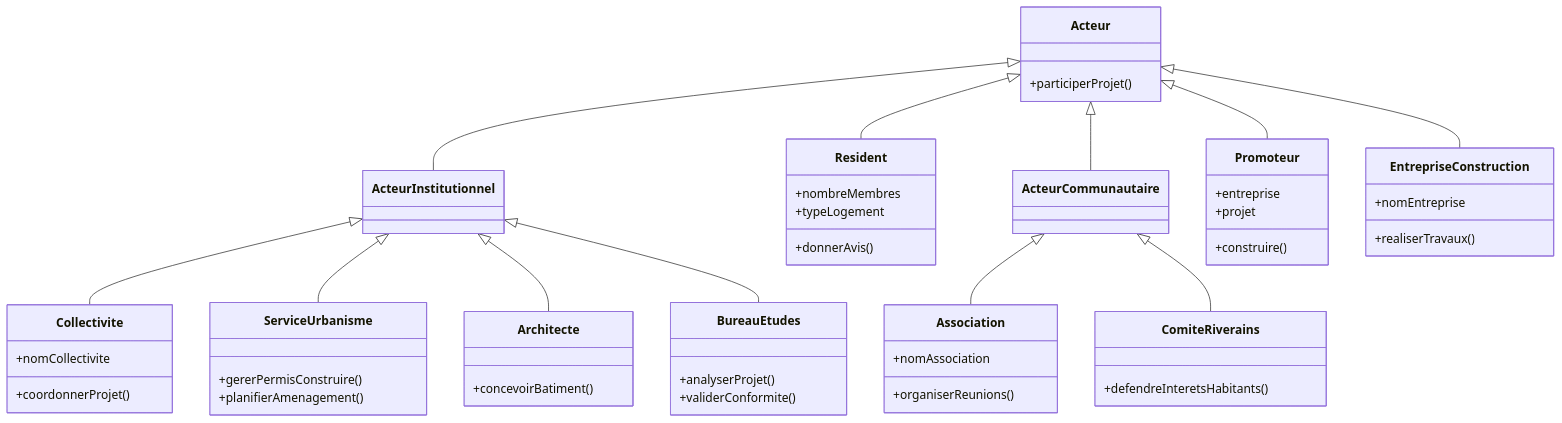
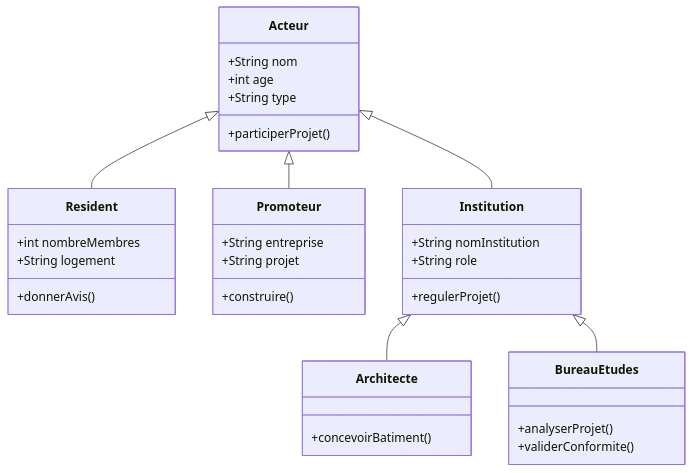
The diagram in acteursTGY95.md (kahiarchi/plaine---saint--Denis---batiment-), drawn with Mermaid before and after one commit.

Commit message:
Refactor class diagram by removing duplicates
Removed redundant class definitions and comments to streamline the class diagram.

````diff
--- a/acteursTGY95.md
+++ b/acteursTGY95.md
@@ -1,75 +1,51 @@
 ```mermaid
 
 classDiagram
+      
+       class Acteur {
+           +String nom
+           +int age
+           +String type
+           +participerProjet()
+       }
 
-%% --- Classe mère ---
-class Acteur {
-    +participerProjet()
-}
+       
+       Acteur <|-- Resident
+       Acteur <|-- Promoteur
+       Acteur <|-- Institution
 
-%% --- Catégories d'acteurs ---
-Acteur <|-- ActeurInstitutionnel
-Acteur <|-- Resident
-Acteur <|-- ActeurCommunautaire
+       
+       class Resident {
+           +int nombreMembres
+           +String logement
+           +donnerAvis()
+       }
 
-%% --- Acteurs institutionnels ---
-ActeurInstitutionnel <|-- Collectivite
-ActeurInstitutionnel <|-- ServiceUrbanisme
-ActeurInstitutionnel <|-- Architecte
-ActeurInstitutionnel <|-- BureauEtudes
+       
+       class Promoteur {
+           +String entreprise
+           +String projet
+           +construire()
+       }
 
-%% --- Acteurs privés ---
-Acteur <|-- Promoteur
-Acteur <|-- EntrepriseConstruction
+       
+       class Institution {
+           +String nomInstitution
+           +String role
+           +regulerProjet()
+       }
 
-%% --- Acteurs communautaires ---
-ActeurCommunautaire <|-- Association
-ActeurCommunautaire <|-- ComiteRiverains
+       
+       Institution <|-- Architecte
+       Institution <|-- BureauEtudes
 
-%% --- Détails des classes ---
-class Resident {
-    +nombreMembres
-    +typeLogement
-    +donnerAvis()
-}
+       class Architecte {
+           +concevoirBatiment()
+       }
 
-class Promoteur {
-    +entreprise
-    +projet
-    +construire()
-}
-
-class EntrepriseConstruction {
-    +nomEntreprise
-    +realiserTravaux()
-}
-
-class Collectivite {
-    +nomCollectivite
-    +coordonnerProjet()
-}
-
-class ServiceUrbanisme {
-    +gererPermisConstruire()
-    +planifierAmenagement()
-}
-
-class Architecte {
-    +concevoirBatiment()
-}
-
-class BureauEtudes {
-    +analyserProjet()
-    +validerConformite()
-}
-
-class Association {
-    +nomAssociation
-    +organiserReunions()
-}
-
-class ComiteRiverains {
-    +defendreInteretsHabitants()
-}
+       class BureauEtudes {
+           +analyserProjet()
+           +validerConformite()
+       }
 
 ```
````
